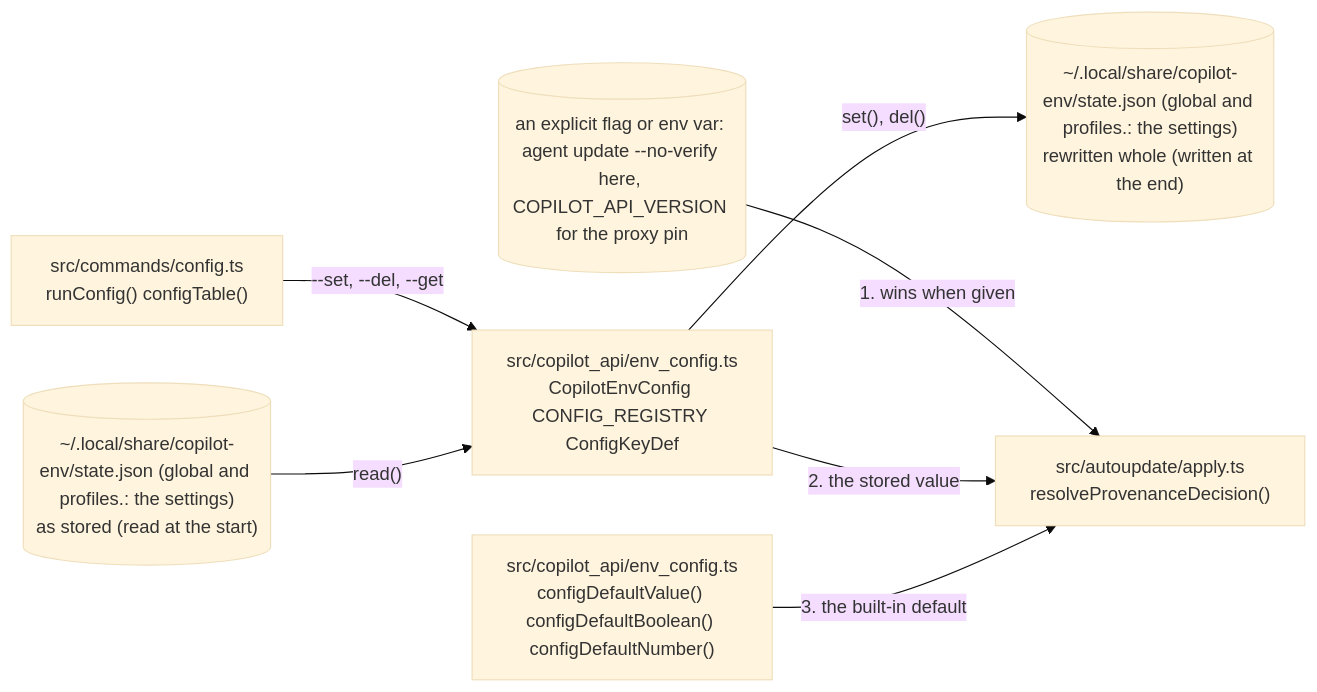
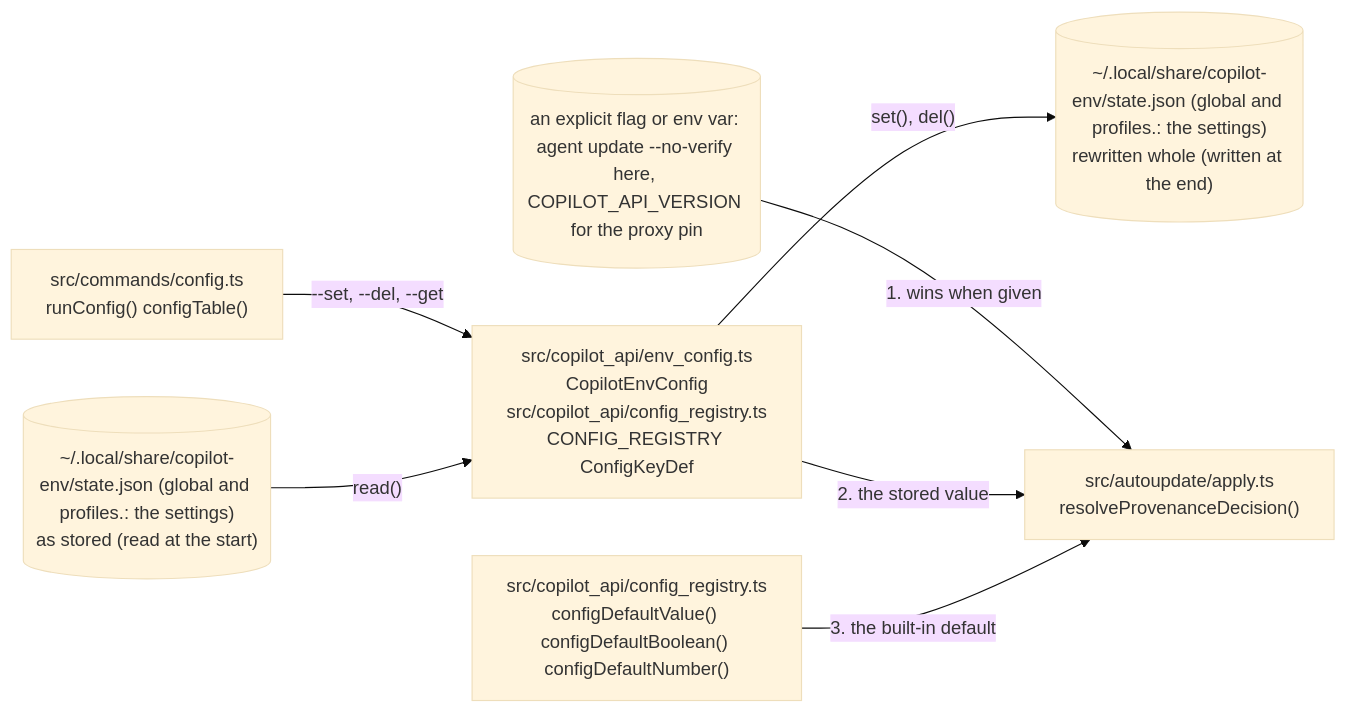
One commit to Vivswan/copilot-env changed the fifth of 8 diagrams in docs/architecture.md. Above: the diagram before and after it, drawn with Mermaid (base theme). The commit also changed 35 other files, not shown here.

Commit message:
refactor(config): split the key registry out of the env_config store (#361)

````diff
--- a/docs/architecture.md
+++ b/docs/architecture.md
@@ -176,16 +176,16 @@
 ```mermaid
 flowchart LR
   flag[("an explicit flag or env var: agent update --no-verify here, COPILOT_API_VERSION for the proxy pin")]
   cmd["src/commands/config.ts<br>runConfig() configTable()"]
   prefsin[("~/.local/share/copilot-env/state.json (global and profiles.<name>: the settings)<br>as stored (read at the start)")]
-  store["src/copilot_api/env_config.ts<br>CopilotEnvConfig CONFIG_REGISTRY ConfigKeyDef"]
-  dflt["src/copilot_api/env_config.ts<br>configDefaultValue() configDefaultBoolean() configDefaultNumber()"]
+  store["src/copilot_api/env_config.ts<br>CopilotEnvConfig<br>src/copilot_api/config_registry.ts<br>CONFIG_REGISTRY ConfigKeyDef"]
+  dflt["src/copilot_api/config_registry.ts<br>configDefaultValue() configDefaultBoolean() configDefaultNumber()"]
   site["src/autoupdate/apply.ts<br>resolveProvenanceDecision()"]
   prefsout[("~/.local/share/copilot-env/state.json (global and profiles.<name>: the settings)<br>rewritten whole (written at the end)")]
   cmd -->|"--set, --del, --get"| store
   prefsin -->|"read()"| store
   store -->|"set(), del()"| prefsout
   flag -->|"1. wins when given"| site
   store -->|"2. the stored value"| site
   dflt -->|"3. the built-in default"| site
 ```
````
